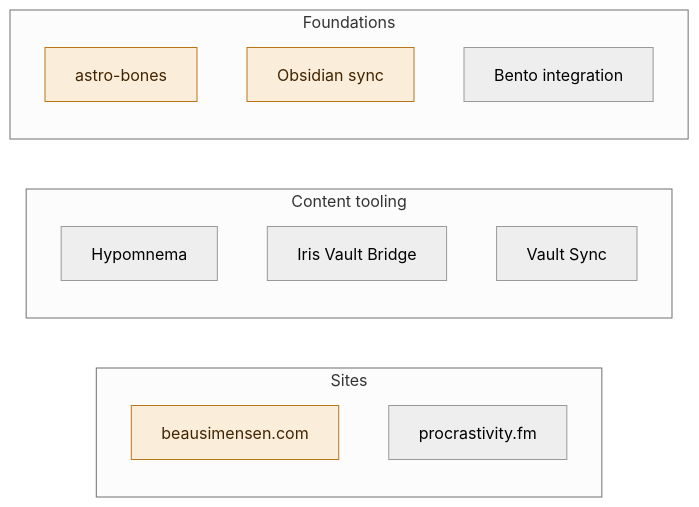
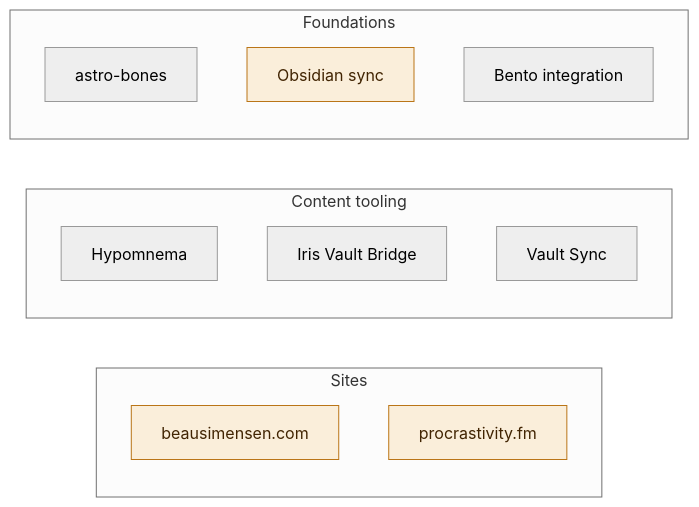
The diagram in pages/now.md (simensen/beausimensen-com-content), drawn with Mermaid (neutral theme) before and after one commit.

Commit message:
sync 2026-05-26T15:43:34Z

````diff
--- a/pages/now.md
+++ b/pages/now.md
@@ -12,24 +12,24 @@
 ```mermaid
 flowchart LR
     subgraph Sites
         beausimensen[beausimensen.com]
         procrastivity[procrastivity.fm]
     end
 
     subgraph "Content tooling"
         hypomnema[Hypomnema]
         bridge[Iris Vault Bridge]
         vsync[Vault Sync]
     end
 
     subgraph Foundations
         bones[astro-bones]
         sync[Obsidian sync]
         bento[Bento integration]
     end
 
     classDef shipped fill:#EAF3DE,stroke:#639922,color:#173404
     classDef active fill:#FAEEDA,stroke:#BA7517,color:#412402
     class gethmn shipped
-    class beausimensen,bones,sync active
+    class beausimensen,procrastivity,sync active
 ```
````
